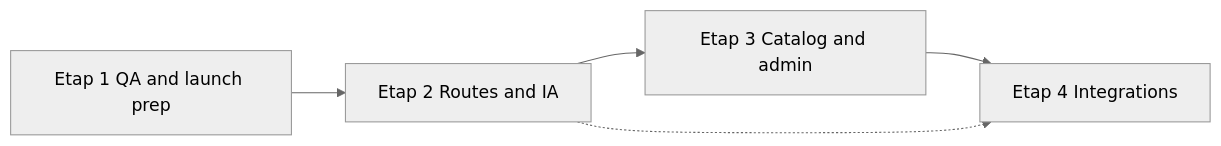
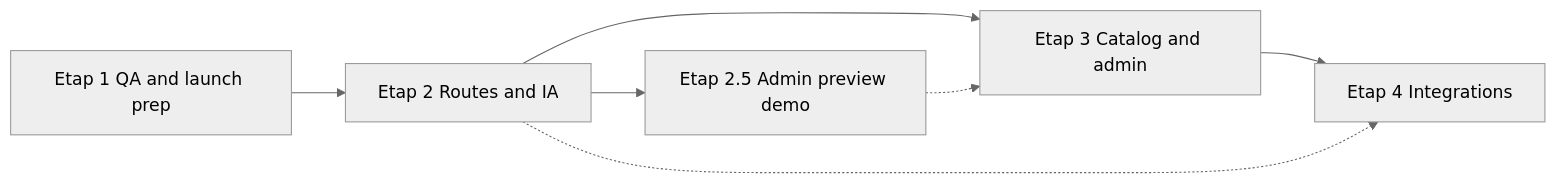
One commit to kkuczniakDC/windowsDC changed the diagram in docs/ROADMAP.md. Above: the diagram before and after it, drawn with Mermaid (neutral theme). The commit also changed other lines of this file and 8 other files, not shown here.

First line of the commit message:
docs: document admin preview and existing Vercel deployment

````diff
--- a/docs/ROADMAP.md
+++ b/docs/ROADMAP.md
@@ -155,11 +188,14 @@
 ```mermaid
 flowchart LR
   E1[Etap 1 QA and launch prep]
   E2[Etap 2 Routes and IA]
+  E25[Etap 2.5 Admin preview demo]
   E3[Etap 3 Catalog and admin]
   E4[Etap 4 Integrations]
   E1 --> E2
+  E2 --> E25
   E2 --> E3
+  E25 -.-> E3
   E3 --> E4
   E2 -.-> E4
 ```
````
